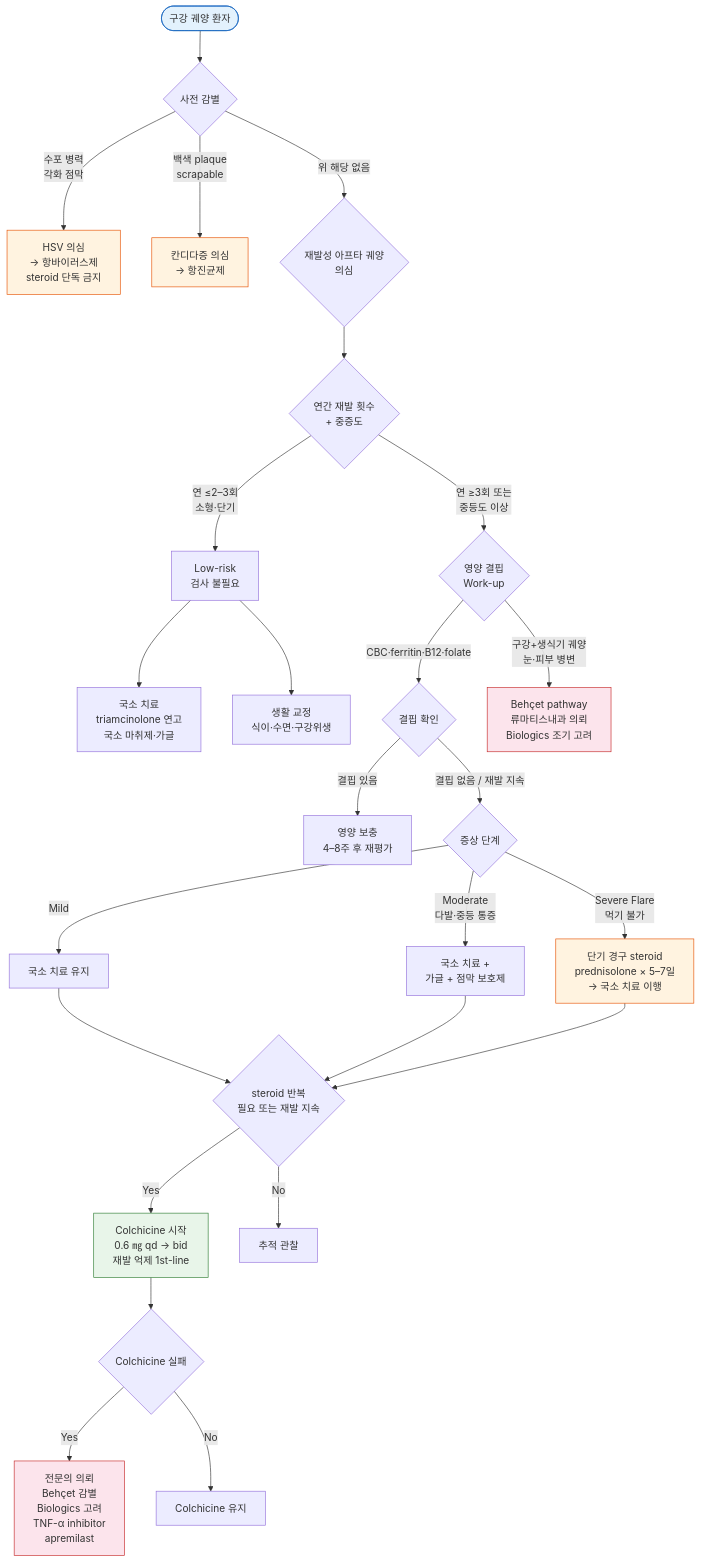
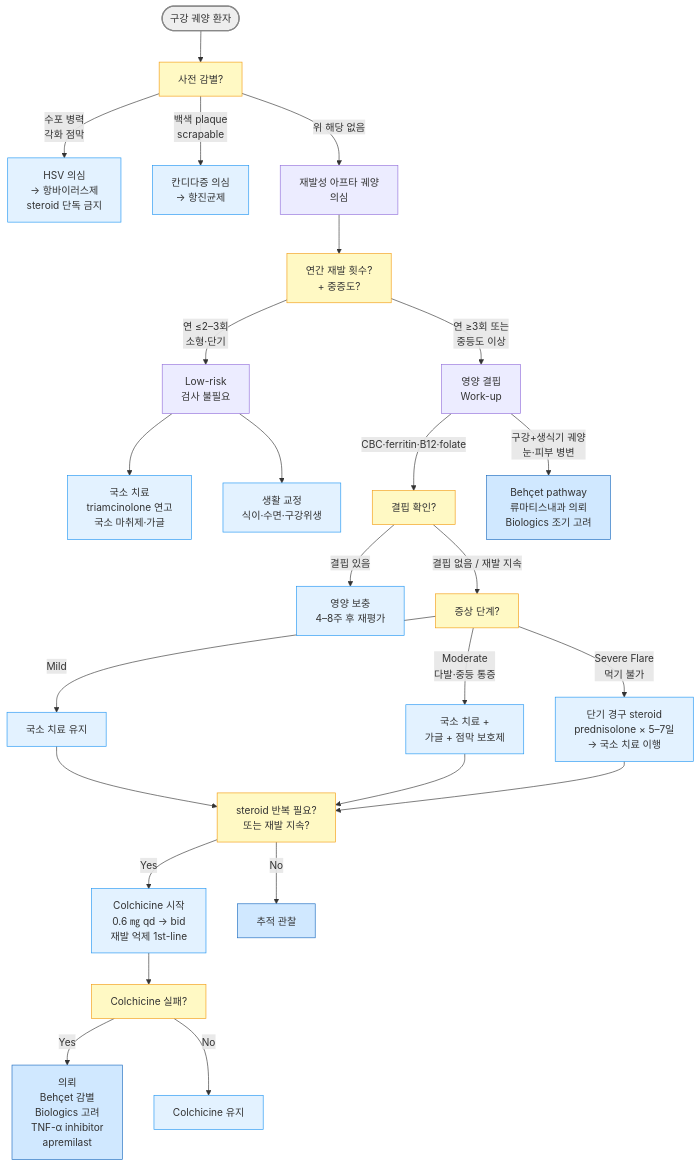
One commit to familyoh77/familyoh77 changed the diagram in 222_/054_-stomatitis.md. Above: the diagram before and after it, drawn with Mermaid. The commit also changed other lines of this file, not shown here.

Commit message:
GITBOOK-790: No subject

````diff
--- a/222_/054_-stomatitis.md
+++ b/222_/054_-stomatitis.md
@@ -246,43 +246,43 @@
 ```mermaid
 flowchart TD
-    A([구강 궤양 환자]) --> PRE{사전 감별}
+    A([구강 궤양 환자]) --> PRE[사전 감별?]
     PRE --> |수포 병력<br/>각화 점막| HSV[HSV 의심<br/>→ 항바이러스제<br/>steroid 단독 금지]
     PRE --> |백색 plaque<br/>scrapable| CAND[칸디다증 의심<br/>→ 항진균제]
-    PRE --> |위 해당 없음| B{재발성 아프타 궤양<br/>의심}
+    PRE --> |위 해당 없음| B[재발성 아프타 궤양<br/>의심]
 
-    B --> C{연간 재발 횟수<br/>+ 중증도}
+    B --> C[연간 재발 횟수?<br/>+ 중증도?]
     C --> |연 ≤2–3회<br/>소형·단기| D[Low-risk<br/>검사 불필요]
-    C --> |연 ≥3회 또는<br/>중등도 이상| E{영양 결핍<br/>Work-up}
+    C --> |연 ≥3회 또는<br/>중등도 이상| E[영양 결핍<br/>Work-up]
 
     D --> D1[국소 치료<br/>triamcinolone 연고<br/>국소 마취제·가글]
     D --> D2[생활 교정<br/>식이·수면·구강위생]
 
-    E --> |CBC·ferritin·B12·folate| F{결핍 확인}
+    E --> |CBC·ferritin·B12·folate| F[결핍 확인?]
     F --> |결핍 있음| G[영양 보충<br/>4–8주 후 재평가]
-    F --> |결핍 없음 / 재발 지속| H{증상 단계}
+    F --> |결핍 없음 / 재발 지속| H[증상 단계?]
 
     H --> |Mild| H1[국소 치료 유지]
     H --> |Moderate<br/>다발·중등 통증| H2[국소 치료 +<br/>가글 + 점막 보호제]
     H --> |Severe Flare<br/>먹기 불가| H3[단기 경구 steroid<br/>prednisolone × 5–7일<br/>→ 국소 치료 이행]
 
-    H1 --> I{steroid 반복<br/>필요 또는 재발 지속}
+    H1 --> I[steroid 반복 필요?<br/>또는 재발 지속?]
     H2 --> I
     H3 --> I
 
     I --> |Yes| J[Colchicine 시작<br/>0.6 ㎎ qd → bid<br/>재발 억제 1st-line]
     I --> |No| K[추적 관찰]
 
-    J --> L{Colchicine 실패}
-    L --> |Yes| M[전문의 의뢰<br/>Behçet 감별<br/>Biologics 고려<br/>TNF-α inhibitor<br/>apremilast]
+    J --> L[Colchicine 실패?]
+    L --> |Yes| M[의뢰<br/>Behçet 감별<br/>Biologics 고려<br/>TNF-α inhibitor<br/>apremilast]
     L --> |No| N[Colchicine 유지]
 
     E --> |구강+생식기 궤양<br/>눈·피부 병변| O[Behçet pathway<br/>류마티스내과 의뢰<br/>Biologics 조기 고려]
 
-    style A fill:#e3f2fd,stroke:#1565c0
-    style HSV fill:#fff3e0,stroke:#e65100
-    style CAND fill:#fff3e0,stroke:#e65100
-    style O fill:#fce4ec,stroke:#c62828
-    style M fill:#fce4ec,stroke:#c62828
-    style H3 fill:#fff3e0,stroke:#e65100
-    style J fill:#e8f5e9,stroke:#2e7d32
+style A fill:#eeeeee,stroke:#888888,stroke-width:2px
+classDef yellow fill:#fff9c4,stroke:#f39c12
+class PRE,C,F,H,I,L yellow
+classDef sky fill:#e3f2ff,stroke:#2196f3
+class HSV,CAND,D1,D2,N,G,H1,H2,H3,J sky
+classDef blue fill:#d0e8ff,stroke:#1a6abf
+class M,O,K blue
 ```
````
